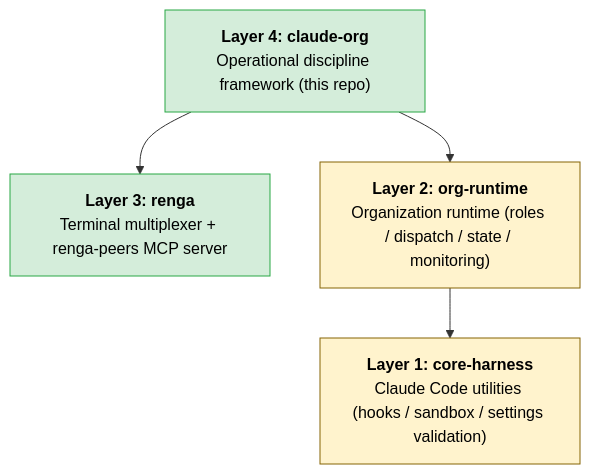
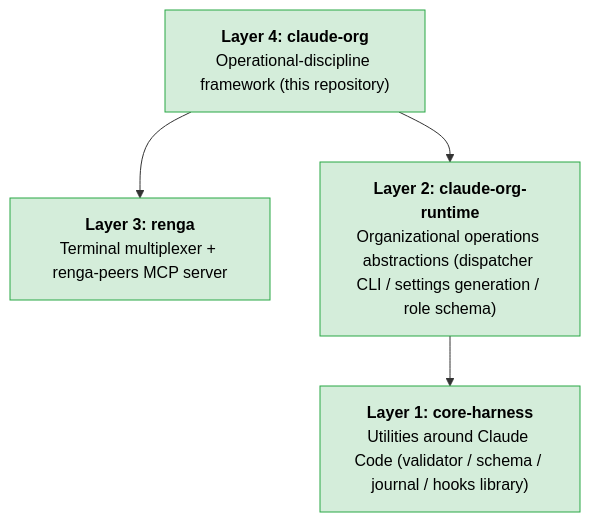
The diagram in README.md (suisya-systems/claude-org), drawn with Mermaid before and after one commit. The commit also changed other lines of this file and 48 other files, not shown here.

````diff
--- a/README.md
+++ b/README.md
@@ -26,16 +57,14 @@
 ```mermaid
 flowchart TD
-    L4["<b>Layer 4: claude-org</b><br/>Operational discipline framework (this repo)"]
+    L4["<b>Layer 4: claude-org</b><br/>Operational-discipline framework (this repository)"]
     L3["<b>Layer 3: renga</b><br/>Terminal multiplexer + renga-peers MCP server"]
-    L2["<b>Layer 2: org-runtime</b><br/>Organization runtime (roles / dispatch / state / monitoring)"]
-    L1["<b>Layer 1: core-harness</b><br/>Claude Code utilities (hooks / sandbox / settings validation)"]
+    L2["<b>Layer 2: claude-org-runtime</b><br/>Organizational operations abstractions (dispatcher CLI / settings generation / role schema)"]
+    L1["<b>Layer 1: core-harness</b><br/>Utilities around Claude Code (validator / schema / journal / hooks library)"]
 
     L4 --> L3
     L4 --> L2
     L2 --> L1
 
     classDef shipped fill:#d4edda,stroke:#28a745,color:#000
-    classDef planned fill:#fff3cd,stroke:#856404,color:#000
-    class L4,L3 shipped
-    class L2,L1 planned
+    class L1,L2,L3,L4 shipped
 ```
````
